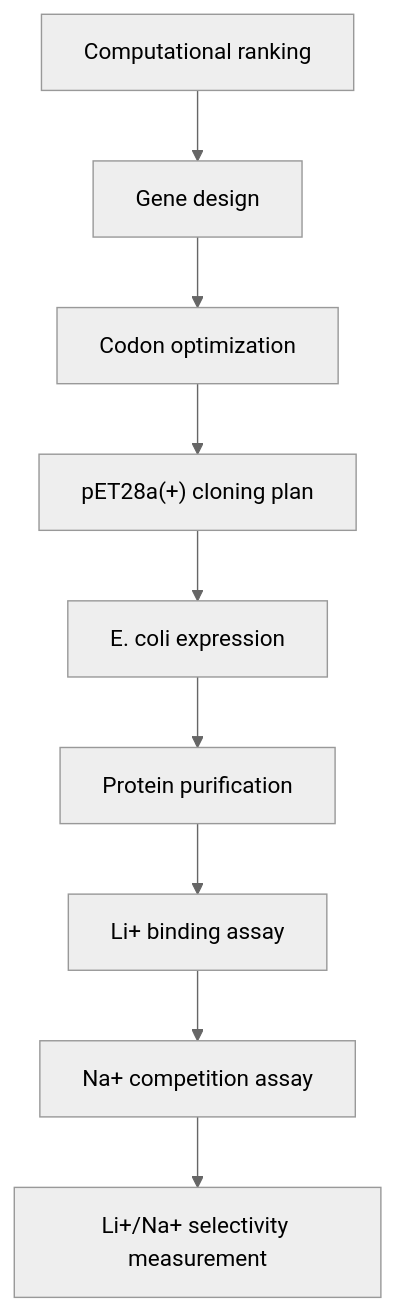
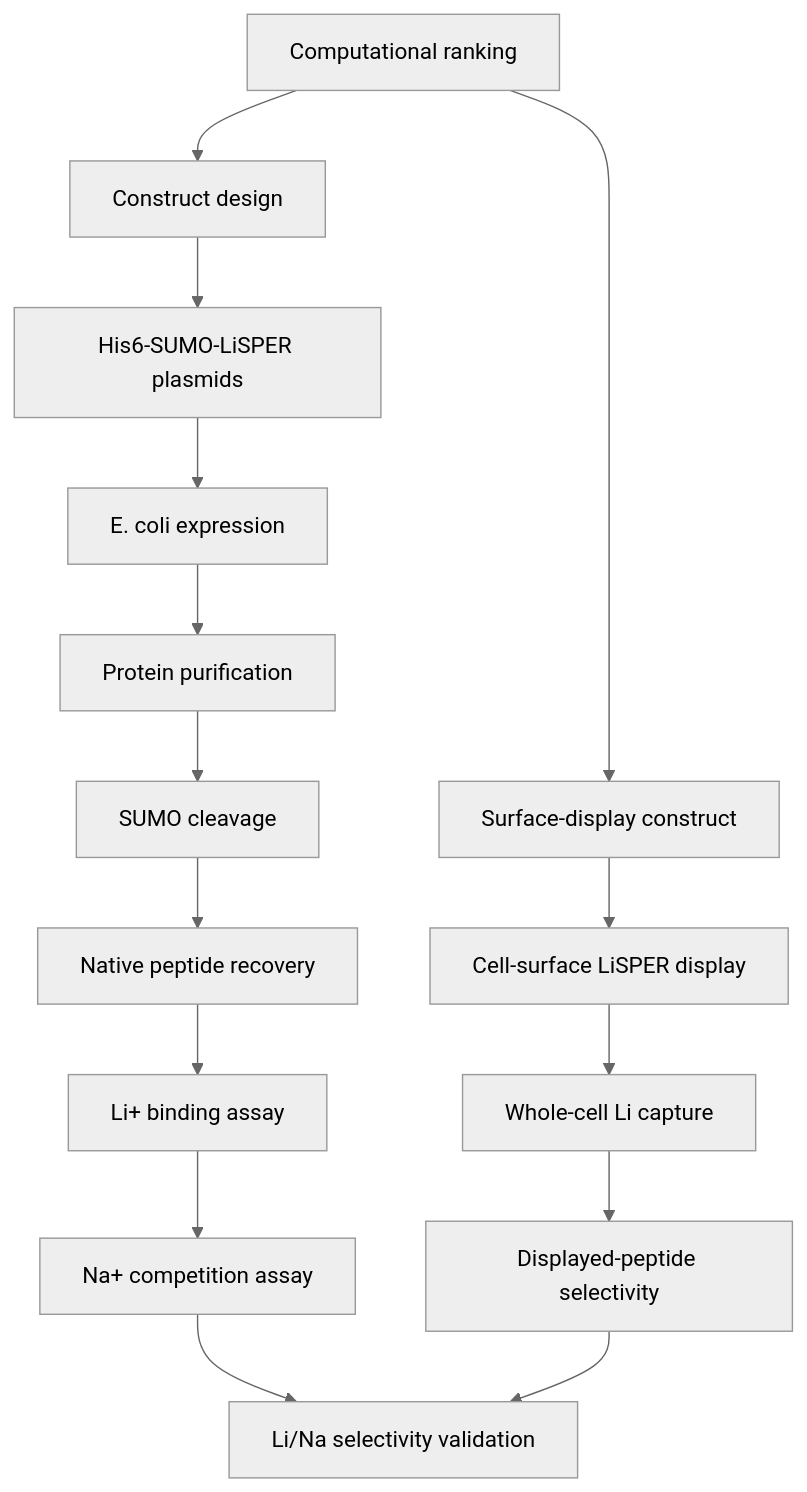
One commit to jackyissocute/LiSPER changed the fifth of 7 diagrams in README.md. Above: the diagram before and after it, drawn with Mermaid (neutral theme). The commit also changed other lines of this file and 101 other files, not shown here.

````diff
--- a/README.md
+++ b/README.md
@@ -108,11 +218,18 @@
 ```mermaid
 flowchart TD
-    A["Computational ranking"] --> B["Gene design"]
-    B --> C["Codon optimization"]
-    C --> D["pET28a(+) cloning plan"]
-    D --> E["E. coli expression"]
-    E --> F["Protein purification"]
-    F --> G["Li+ binding assay"]
-    G --> H["Na+ competition assay"]
-    H --> I["Li+/Na+ selectivity measurement"]
+    A["Computational ranking"] --> B["Construct design"]
+    B --> C["His6-SUMO-LiSPER plasmids"]
+    C --> D["E. coli expression"]
+    D --> E["Protein purification"]
+    E --> F["SUMO cleavage"]
+    F --> G["Native peptide recovery"]
+    G --> H["Li+ binding assay"]
+    H --> I["Na+ competition assay"]
+    I --> J["Li/Na selectivity validation"]
+
+    A --> K["Surface-display construct"]
+    K --> L["Cell-surface LiSPER display"]
+    L --> M["Whole-cell Li capture"]
+    M --> N["Displayed-peptide selectivity"]
+    N --> J
 ```
````
